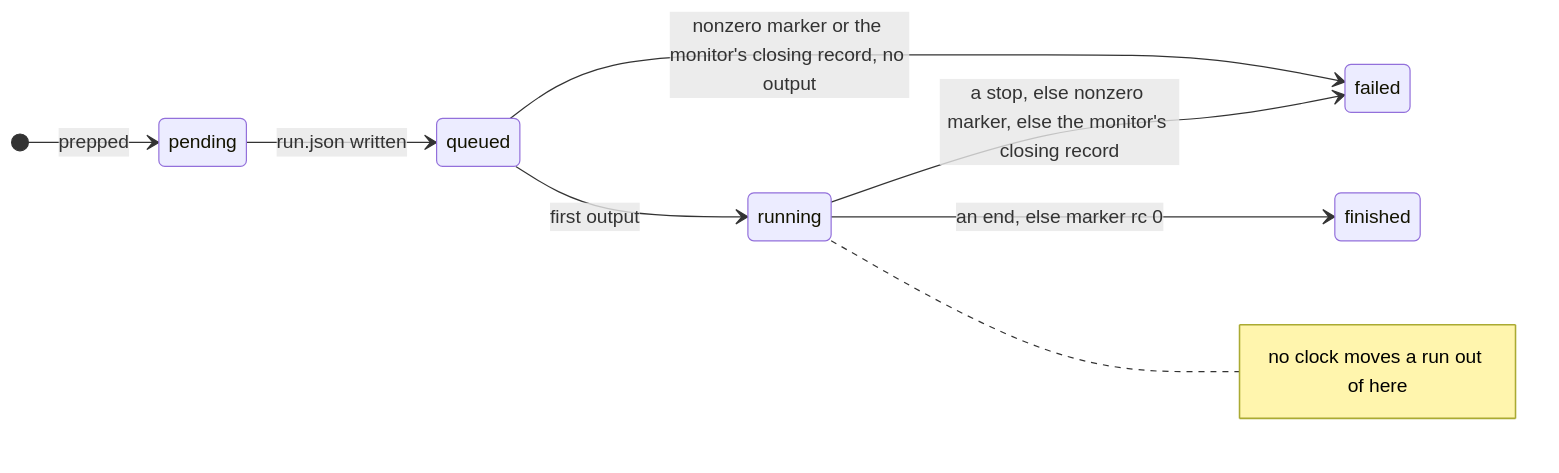
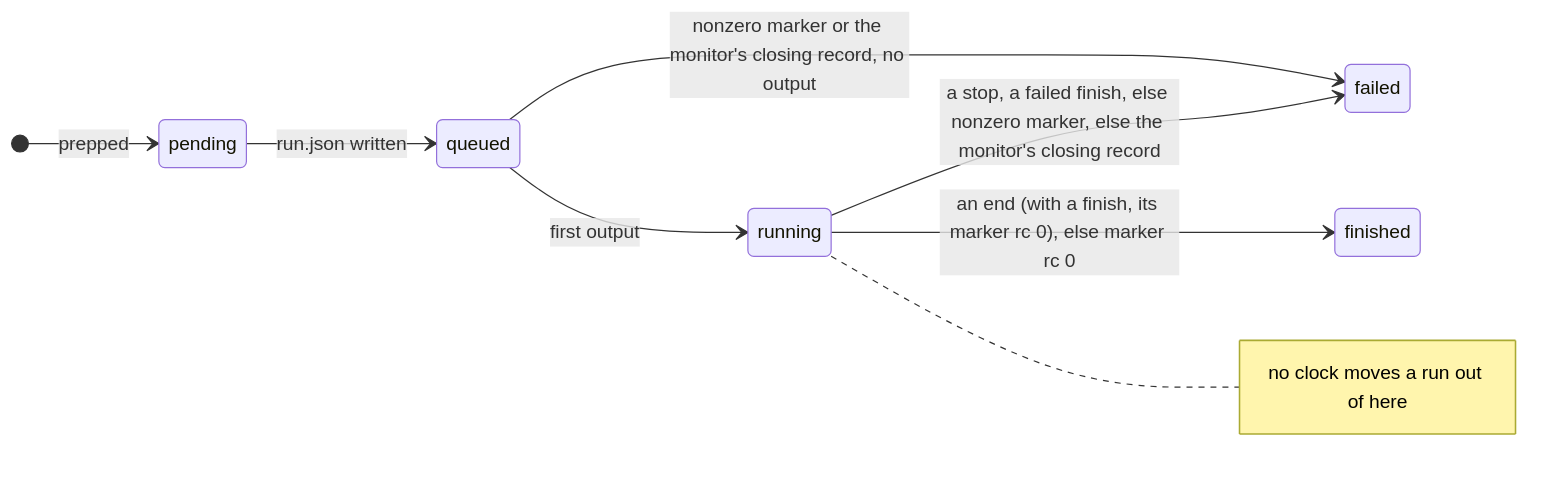
The fourth of 6 diagrams in docs/execution/running-a-job.md (Qing-LAB/molbuilder), drawn with Mermaid before and after one commit. The commit also changed other lines of this file and 28 other files, not shown here.

````diff
--- a/docs/execution/running-a-job.md
+++ b/docs/execution/running-a-job.md
@@ -688,11 +711,11 @@
 ```mermaid
 stateDiagram-v2
     direction LR
     [*] --> pending: prepped
     pending --> queued: run.json written
     queued --> running: first output
     queued --> failed: nonzero marker or the monitor's closing record, no output
-    running --> finished: an end, else marker rc 0
-    running --> failed: a stop, else nonzero marker, else the monitor's closing record
+    running --> finished: an end (with a finish, its marker rc 0), else marker rc 0
+    running --> failed: a stop, a failed finish, else nonzero marker, else the monitor's closing record
     note right of running: no clock moves a run out of here
 ```
````
